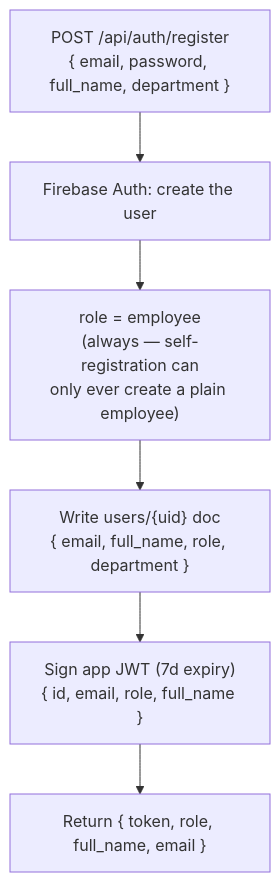
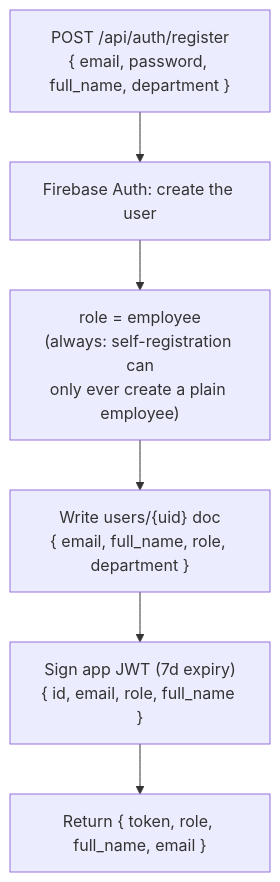
One commit to Fute-Services/Project-Ticket changed the second of 7 diagrams in docs/BACKEND_WORKFLOW.md. Above: the diagram before and after it, drawn with Mermaid. The commit also changed other lines of this file and 40 other files, not shown here.

````diff
--- a/docs/BACKEND_WORKFLOW.md
+++ b/docs/BACKEND_WORKFLOW.md
@@ -41,8 +41,8 @@
 ```mermaid
 flowchart TD
     A["POST /api/auth/register\n{ email, password, full_name, department }"] --> B["Firebase Auth: create the user"]
-    B --> C["role = employee\n(always — self-registration can\nonly ever create a plain employee)"]
+    B --> C["role = employee\n(always: self-registration can\nonly ever create a plain employee)"]
     C --> D["Write users/{uid} doc\n{ email, full_name, role, department }"]
     D --> E["Sign app JWT (7d expiry)\n{ id, email, role, full_name }"]
     E --> F["Return { token, role, full_name, email }"]
 ```
````
